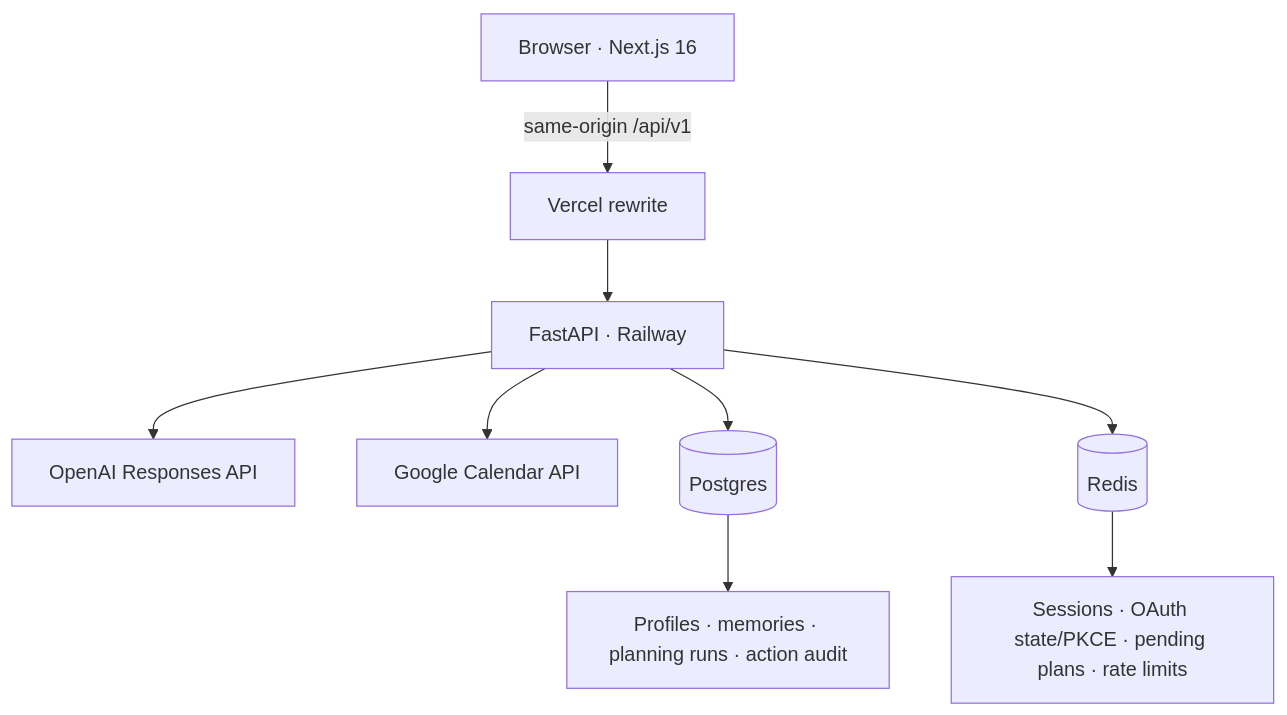
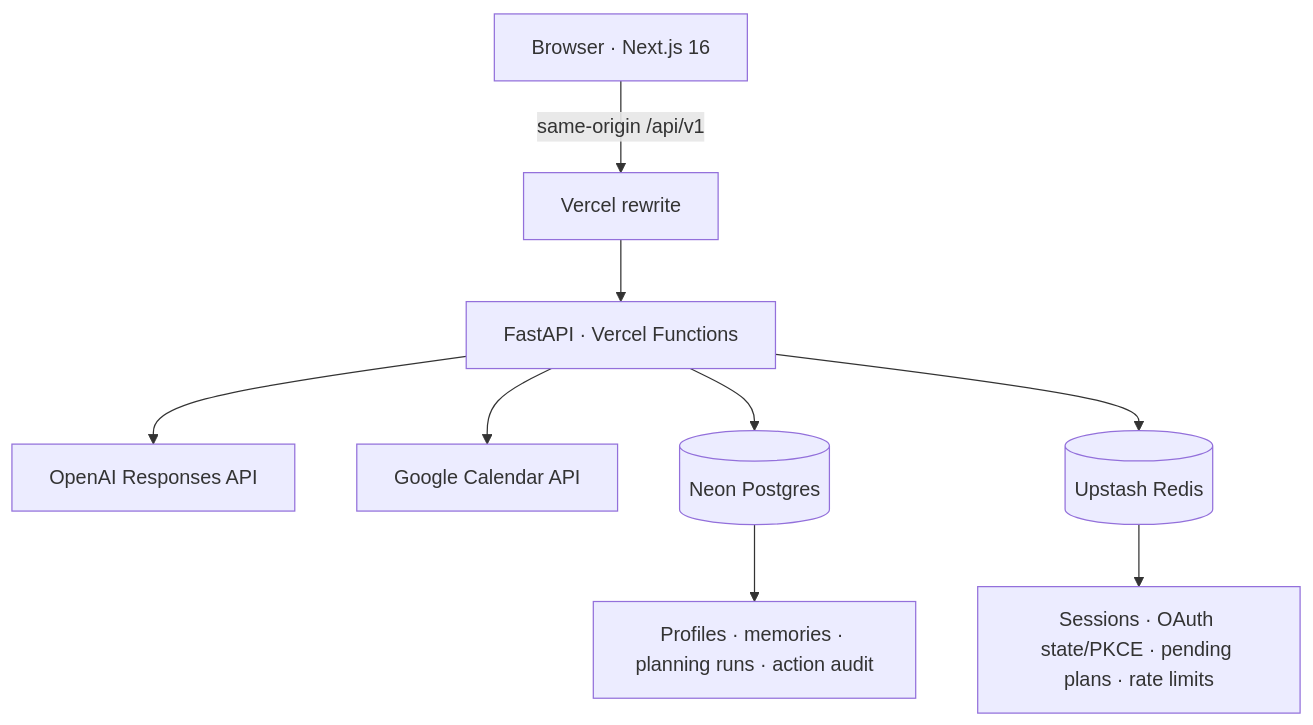
The second of 2 diagrams in README.md (avervill/replanme), drawn with Mermaid before and after one commit. The commit also changed other lines of this file and 8 other files, not shown here.

````diff
--- a/README.md
+++ b/README.md
@@ -46,11 +46,11 @@
 ```mermaid
 flowchart TB
     B["Browser · Next.js 16"] -->|same-origin /api/v1| V["Vercel rewrite"]
-    V --> A["FastAPI · Railway"]
+    V --> A["FastAPI · Vercel Functions"]
     A --> O["OpenAI Responses API"]
     A --> G["Google Calendar API"]
-    A --> P[("Postgres")]
-    A --> R[("Redis")]
+    A --> P[("Neon Postgres")]
+    A --> R[("Upstash Redis")]
     R --> S["Sessions · OAuth state/PKCE · pending plans · rate limits"]
     P --> D["Profiles · memories · planning runs · action audit"]
 ```
````
